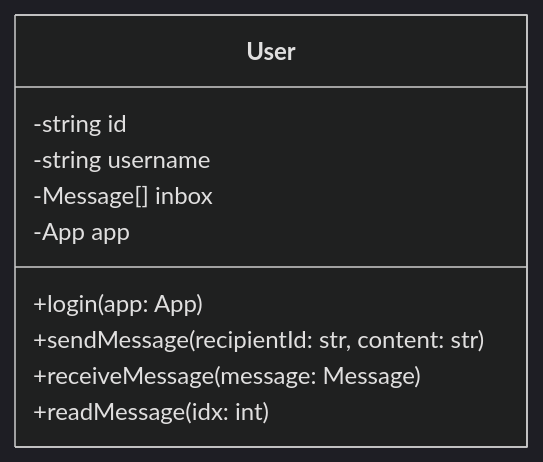
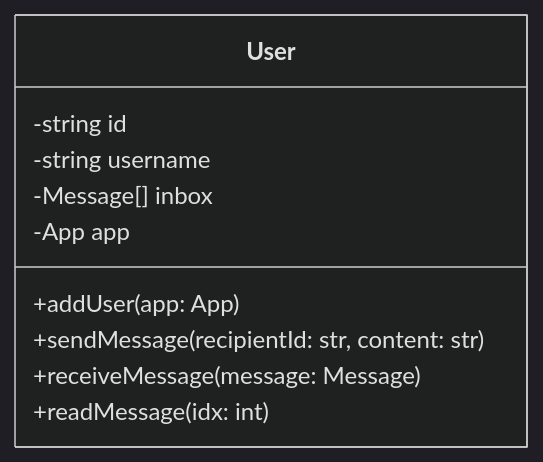
One commit to corndel-swe/bee-mail changed the fourth of 6 diagrams in TODO.md. Above: the diagram before and after it, drawn with Mermaid (dark theme). The commit also changed other lines of this file, not shown here.

Commit message:
Rename login method to addUser

````diff
--- a/TODO.md
+++ b/TODO.md
@@ -74,13 +74,13 @@
 ```mermaid
 classDiagram
   class User {
     -string id
     -string username
     -Message[] inbox
     -App app
-    +login(app: App)
+    +addUser(app: App)
     +sendMessage(recipientId: str, content: str)
     +receiveMessage(message: Message)
     +readMessage(idx: int)
   }
 ```
````
